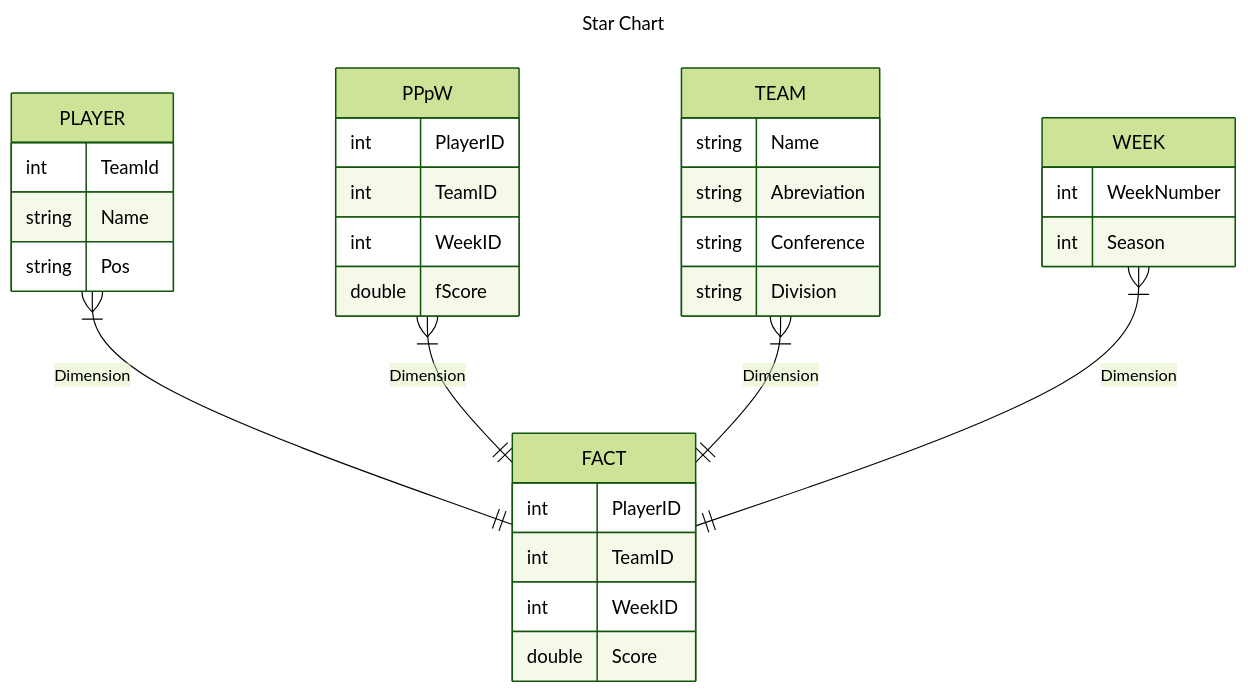
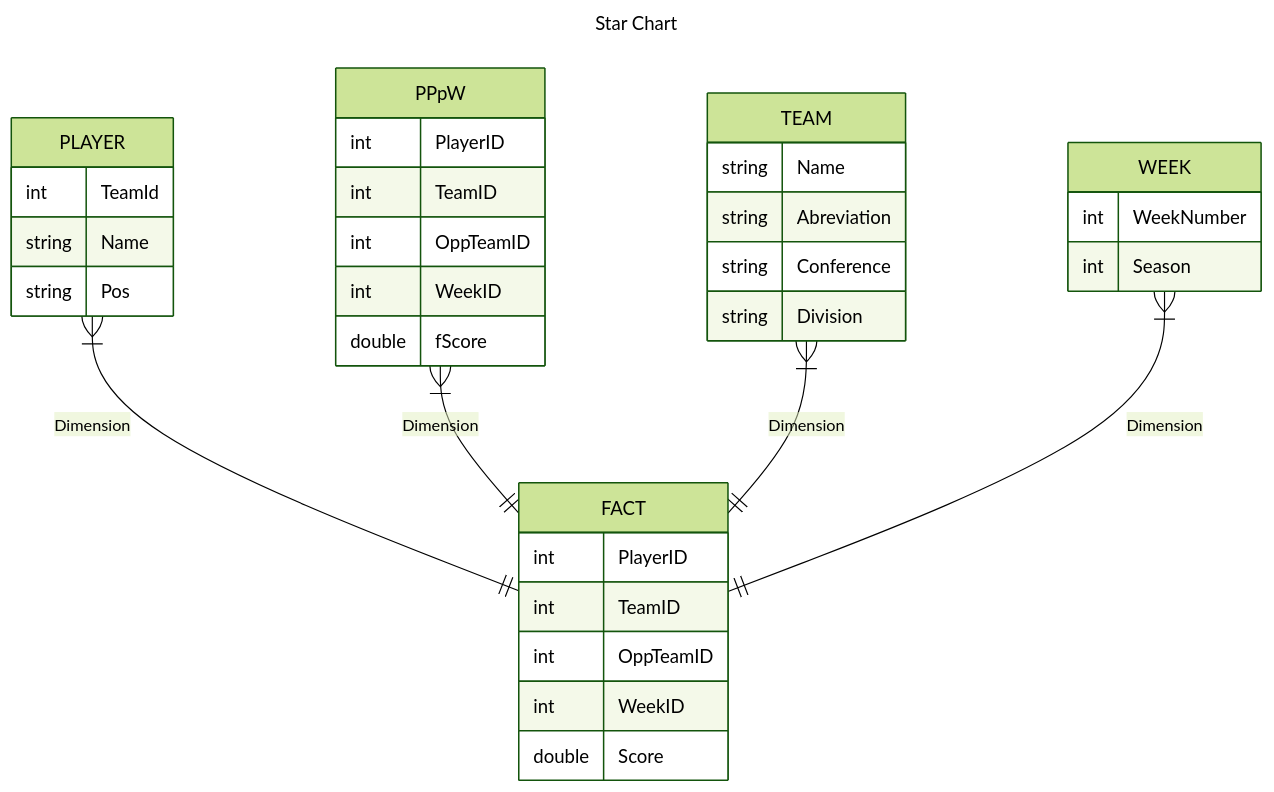
One commit to narekb8/INFSCI-1540-Project changed the diagram in README.md. Above: the diagram before and after it, drawn with Mermaid (forest theme).

Commit message:
forgot the opps

````diff
--- a/README.md
+++ b/README.md
@@ -24,37 +24,39 @@
 ```mermaid
 ---
 title: Star Chart
 ---
 erDiagram
   PLAYER }|--|| FACT: Dimension
   PLAYER {
     int TeamId
     string Name
     string Pos
   }
   PPpW }|--|| FACT: Dimension
   PPpW {
     int PlayerID
     int TeamID
+    int OppTeamID
     int WeekID
     double fScore
   }
   FACT {
     int PlayerID
     int TeamID
+    int OppTeamID
     int WeekID
     double Score
   }
   TEAM }|--|| FACT: Dimension
   TEAM {
     string Name
     string Abreviation
     string Conference
     string Division
   }
   WEEK }|--|| FACT: Dimension
   WEEK {
     int WeekNumber
     int Season
   }
 ```
````
